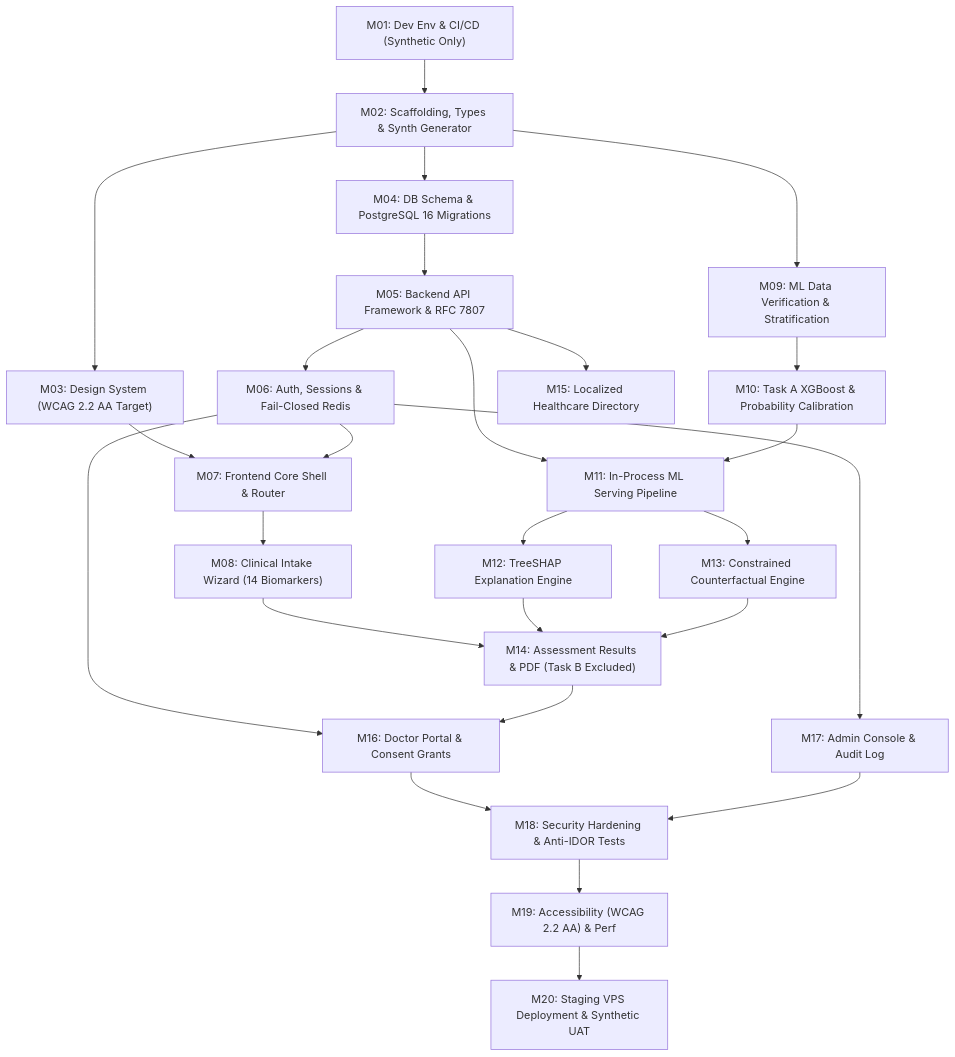
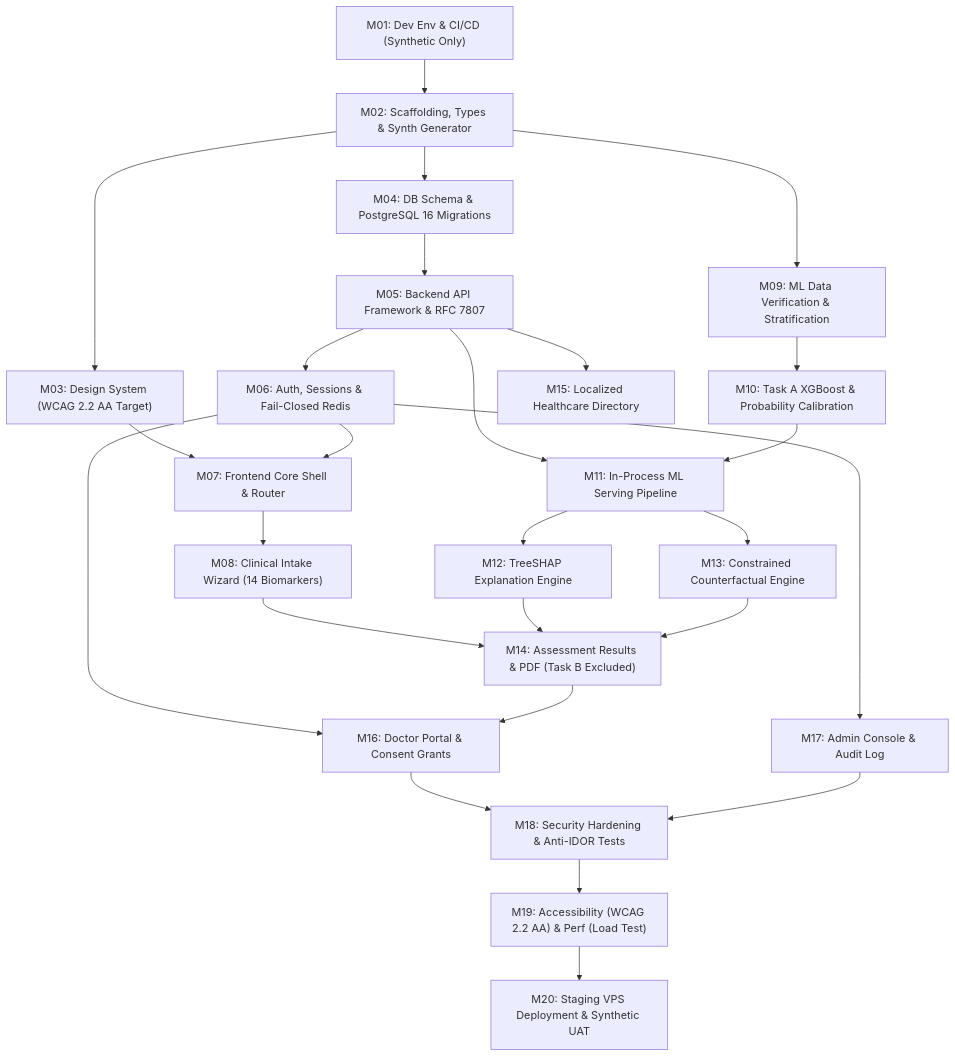
The diagram in docs/phase-12-final/HEARTXAI_PHASE_12_FINAL_DOSSIER_v1.1.md (sandeep-kumar-270904/Heart-Disease-Risk-Prediction), drawn with Mermaid before and after one commit. The commit also changed other lines of this file and 29 other files, not shown here.

````diff
--- a/docs/phase-12-final/HEARTXAI_PHASE_12_FINAL_DOSSIER_v1.1.md
+++ b/docs/phase-12-final/HEARTXAI_PHASE_12_FINAL_DOSSIER_v1.1.md
@@ -182,28 +192,28 @@
 ```mermaid
 flowchart TD
     M01["M01: Dev Env & CI/CD (Synthetic Only)"] --> M02["M02: Scaffolding, Types & Synth Generator"]
     M02 --> M03["M03: Design System (WCAG 2.2 AA Target)"]
     M02 --> M04["M04: DB Schema & PostgreSQL 16 Migrations"]
     M04 --> M05["M05: Backend API Framework & RFC 7807"]
     M05 --> M06["M06: Auth, Sessions & Fail-Closed Redis"]
     M03 --> M07["M07: Frontend Core Shell & Router"]
     M06 --> M07
     M07 --> M08["M08: Clinical Intake Wizard (14 Biomarkers)"]
     M02 --> M09["M09: ML Data Verification & Stratification"]
     M09 --> M10["M10: Task A XGBoost & Probability Calibration"]
     M05 --> M11["M11: In-Process ML Serving Pipeline"]
     M10 --> M11
     M11 --> M12["M12: TreeSHAP Explanation Engine"]
     M11 --> M13["M13: Constrained Counterfactual Engine"]
     M08 --> M14["M14: Assessment Results & PDF (Task B Excluded)"]
     M12 --> M14
     M13 --> M14
     M05 --> M15["M15: Localized Healthcare Directory"]
     M06 --> M16["M16: Doctor Portal & Consent Grants"]
     M14 --> M16
     M06 --> M17["M17: Admin Console & Audit Log"]
     M16 --> M18["M18: Security Hardening & Anti-IDOR Tests"]
     M17 --> M18
-    M18 --> M19["M19: Accessibility (WCAG 2.2 AA) & Perf"]
+    M18 --> M19["M19: Accessibility (WCAG 2.2 AA) & Perf (Load Test)"]
     M19 --> M20["M20: Staging VPS Deployment & Synthetic UAT"]
 ```
````
